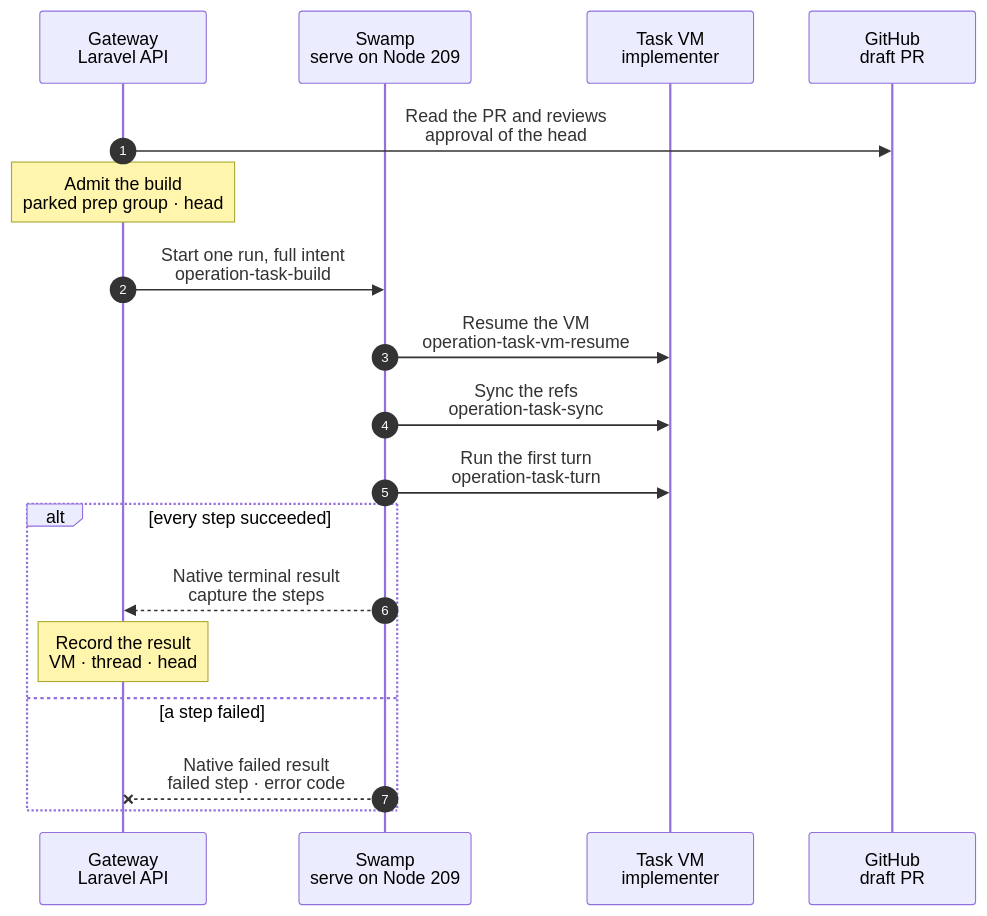
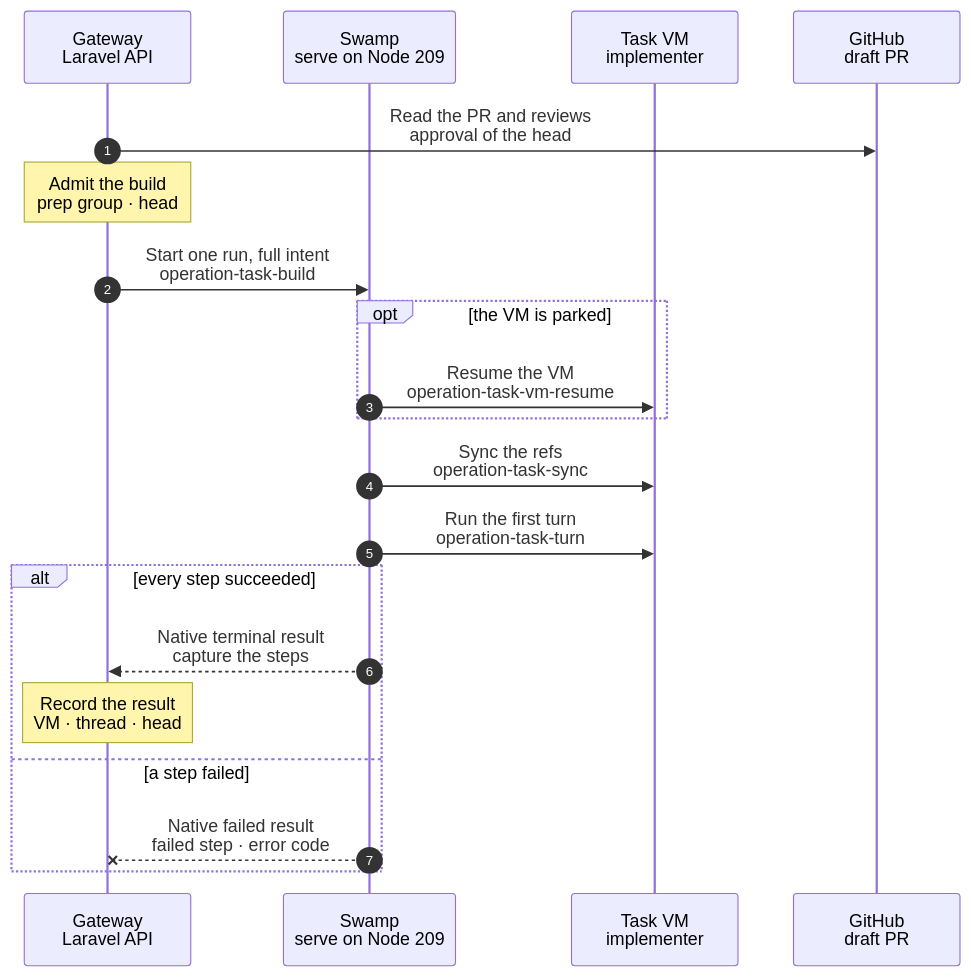
Before and after one commit to hardimpactdev/orbit: the diagram in docs/cli/task/build.mmd, drawn with Mermaid. The commit also changed 4 other files, not shown here.

Commit message:
docs(tasks): specify parked-only resume for prep corrections and builds

```diff
--- a/docs/cli/task/build.mmd
+++ b/docs/cli/task/build.mmd
@@ -1,64 +1,67 @@
 sequenceDiagram
   %% Target design: the end of stage 1 of the command development pipeline (docs/reference/pipeline/1-prep.mmd, "Start the build") and the start of stage 2. The pattern of task:prep-fix: one admission, one parent Swamp run, existing workflows as children. Decided by the orchestrator, for Nick's review.
   %% status: draft
   %% kind: tasks.build
   autonumber
   %% lane GW icon=gateway pill=intent tone=blue
   %% lane SW icon=workflow pill=executes tone=green
   %% lane VM icon=terminal pill=target tone=amber
   %% lane GH icon=server pill=target tone=purple
   participant GW as Gateway<br/>Laravel API
   participant SW as Swamp<br/>serve on Node 209
   participant VM as Task VM<br/>implementer
   participant GH as GitHub<br/>draft PR
   GW->>GH: Read the PR and reviews<br/>approval of the head
   %%> Who calls it:
   %%> - the gate check `task:pr-gate`, every minute, for a prep group whose spec is done; there is no command, route or MCP tool
   %%> What it does:
   %%> - reads the draft PR and its reviews with a read-only App token; in manual mode the latest review of the reviewer must approve the exact head, and in automatic mode no review is read
   %%> - changes nothing on GitHub
-  Note over GW: Admit the build<br/>parked prep group · head
+  Note over GW: Admit the build<br/>prep group · head
   %%> Requirements:
   %%> - the group is open and external, with a succeeded `tasks.prep` run and no other subtask than its completed spec subtask: `waiting_for_review` after a manual prep, `running` after an automatic one or after a park that was refused
   %%> - its task VM is parked or ready with its Pi credential, and no build was admitted for it before
   %%> - the PR is open and a draft, and its head is the approved head
   %%> - no other task runs on the group; the Gateway holds one lock per group
   %%> What it does:
   %%> - records the approval (the head, the mode and the reviewer) in the intent
   %%> - appends the implementation subtask: a fixed brief that names the approved chart, page and cases and the head; deliverables are that the runner plan of the cases file passes and that the Project check passes (the check command of the Project, or a review deliverable when the Project has none)
-  %%> - moves the group to `running` and clears its settled time, creates the implementer thread, and captures the resume, the sync and the first turn
+  %%> - moves the group to `running` and clears its settled time, creates the implementer thread, and captures the task VM identity, its resume only when parked, the sync and the first turn
   %%> - names the vault keys of the Pi token and of the read token
   %%> Refuses:
   %%> - a group that has started its build, a head that is not the approved one, a missing approval, or a busy group; the gate check skips it quietly and reads again at the next tick
   GW->>SW: Start one run, full intent<br/>operation-task-build
   %%> Inputs:
   %%> - the whole intent above and the vault key names of the Pi, VM and read-token credentials, never their values
   %%> Decided by the orchestrator, for Nick's review:
   %%> - no step of the run calls the Gateway: as it starts the run, the Gateway mints the read token of the sync child, writes it and the Pi token to their vault keys, and passes only the key names
-  SW->>VM: Resume the VM<br/>operation-task-vm-resume
-  %%> What it does:
-  %%> - starts the parked VM and waits for its agent and Pi; the workspace is as the park left it
+  opt the VM is parked
+    SW->>VM: Resume the VM<br/>operation-task-vm-resume
+    %%> What it does:
+    %%> - starts the parked VM and waits for its agent and Pi; the workspace is as the park left it
+    %%> - a ready VM skips this step and goes straight to the sync
+  end
   SW->>VM: Sync the refs<br/>operation-task-sync
   %%> What it does:
   %%> - brings the default branch and the branch of the PR into `refs/remotes/origin` of the workspace, so the approved head is there; the read token comes from its vault key
   %%> - HEAD, the working tree and the local branches are not touched
   SW->>VM: Run the first turn<br/>operation-task-turn
   %%> What it does:
   %%> - the first implementer turn, on a new thread, with the prompt that the Gateway composed: the title, brief and deliverables of the subtask, then the instruction to build the command
   %%> - the brief tells the implementer to merge the approved commit, fast-forward only, when HEAD differs
   alt every step succeeded
     SW-->>GW: Native terminal result<br/>capture the steps
     %%> How the Gateway learns it:
     %%> - its shared run reader sees the terminal event; Swamp never calls the Gateway for it
     Note over GW: Record the result<br/>VM · thread · head
     %%> Result:
     %%> - the task VM is recorded as ready, the metrics of the thread are recorded, and the result is the branch and the approved head
     %%> - the group stays `running` for its driver, which goes on with the check and the publish
   else a step failed
     SW--xGW: Native failed result<br/>failed step · error code
     %%> Result:
     %%> - the failed step is recorded with `task_vm.resume_failed`, `tasks.sync_failed` or `tasks.turn_failed`
     %%> - the group stays `running` and the VM stays for the orchestrator; the gate check does not admit the build again
     %%> Retry:
     %%> - inspect the failed step; native resume reuses the completed ones
   end
```
